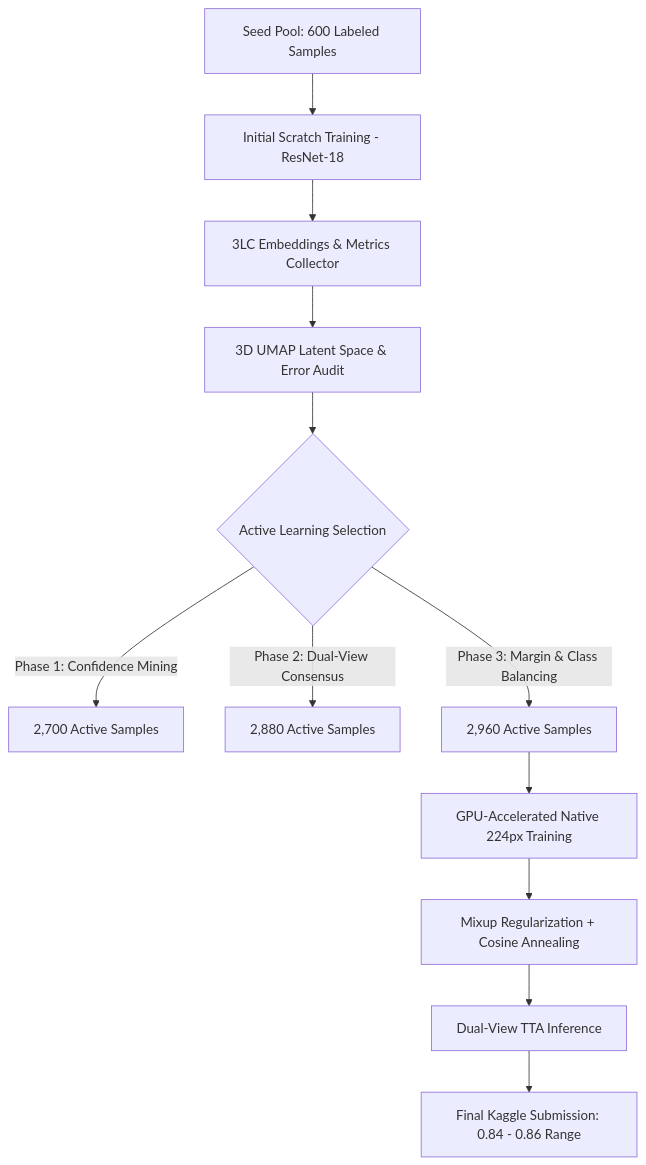
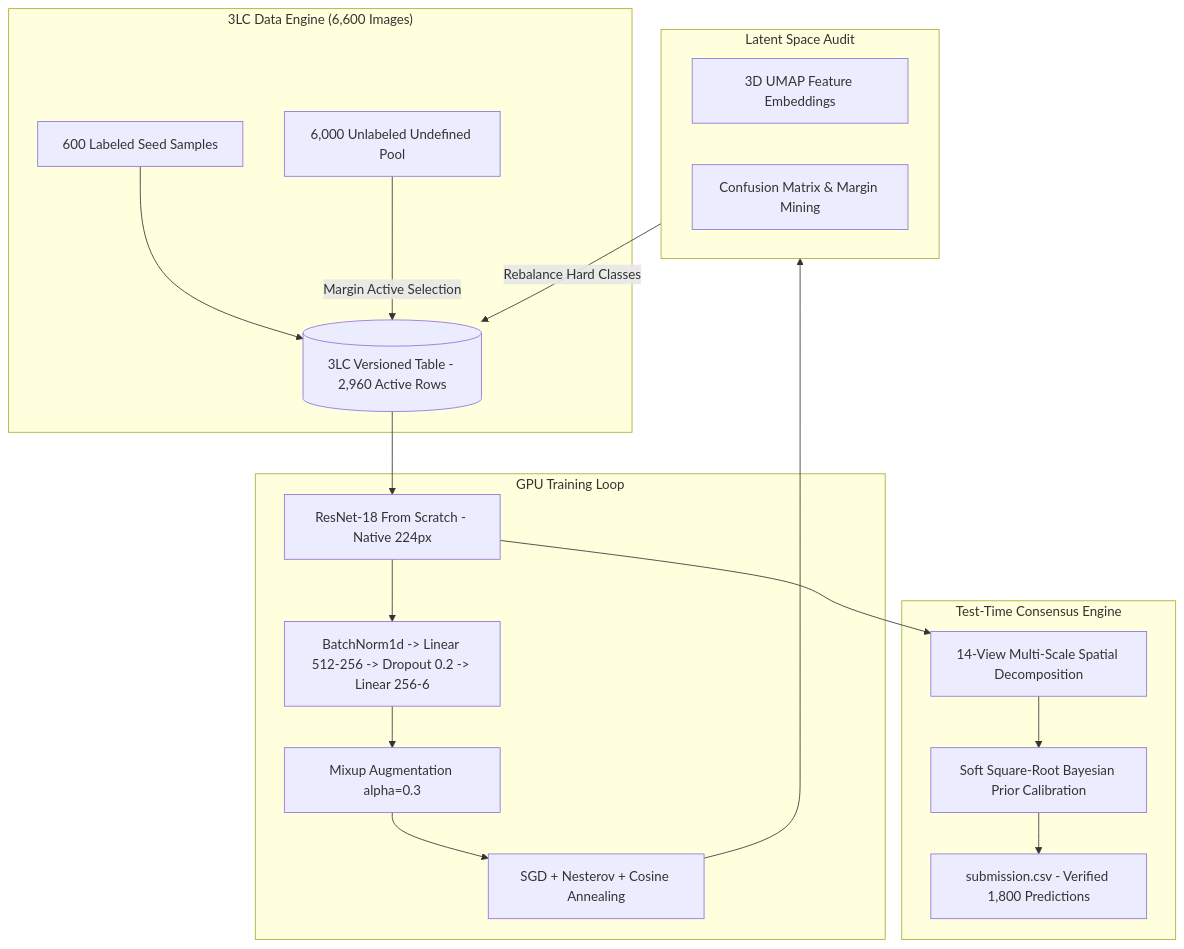
The diagram in README.md (swaskiee/TerraVision-AI), drawn with Mermaid before and after one commit. The commit also changed other lines of this file and 3 other files, not shown here.

````diff
--- a/README.md
+++ b/README.md
@@ -27,14 +48,35 @@
 ```mermaid
-graph TD
-    A[Seed Pool: 600 Labeled Samples] --> B[Initial Scratch Training - ResNet-18]
-    B --> C[3LC Embeddings & Metrics Collector]
-    C --> D[3D UMAP Latent Space & Error Audit]
-    D --> E{Active Learning Selection}
-    E -->|Phase 1: Confidence Mining| F[2,700 Active Samples]
-    E -->|Phase 2: Dual-View Consensus| G[2,880 Active Samples]
-    E -->|Phase 3: Margin & Class Balancing| H[2,960 Active Samples]
-    H --> I[GPU-Accelerated Native 224px Training]
-    I --> J[Mixup Regularization + Cosine Annealing]
-    J --> K[Dual-View TTA Inference]
-    K --> L[Final Kaggle Submission: 0.84 - 0.86 Range]
+flowchart TD
+    subgraph DataEngine ["3LC Data Engine (6,600 Images)"]
+        S[600 Labeled Seed Samples]
+        U[6,000 Unlabeled Undefined Pool]
+        T[(3LC Versioned Table - 2,960 Active Rows)]
+    end
+
+    subgraph Diagnostics ["Latent Space Audit"]
+        UMAP[3D UMAP Feature Embeddings]
+        Matrix[Confusion Matrix & Margin Mining]
+    end
+
+    subgraph Optimization ["GPU Training Loop"]
+        R18[ResNet-18 From Scratch - Native 224px]
+        Head[BatchNorm1d -> Linear 512-256 -> Dropout 0.2 -> Linear 256-6]
+        Mix[Mixup Augmentation alpha=0.3]
+        Sched[SGD + Nesterov + Cosine Annealing]
+    end
+
+    subgraph Inference ["Test-Time Consensus Engine"]
+        TTA[14-View Multi-Scale Spatial Decomposition]
+        Prior[Soft Square-Root Bayesian Prior Calibration]
+        Sub[submission.csv - Verified 1,800 Predictions]
+    end
+
+    S --> T
+    U -->|Margin Active Selection| T
+    T --> R18
+    R18 --> Head --> Mix --> Sched
+    Sched --> Diagnostics
+    Diagnostics -->|Rebalance Hard Classes| T
+    R18 --> TTA
+    TTA --> Prior --> Sub
 ```
````
